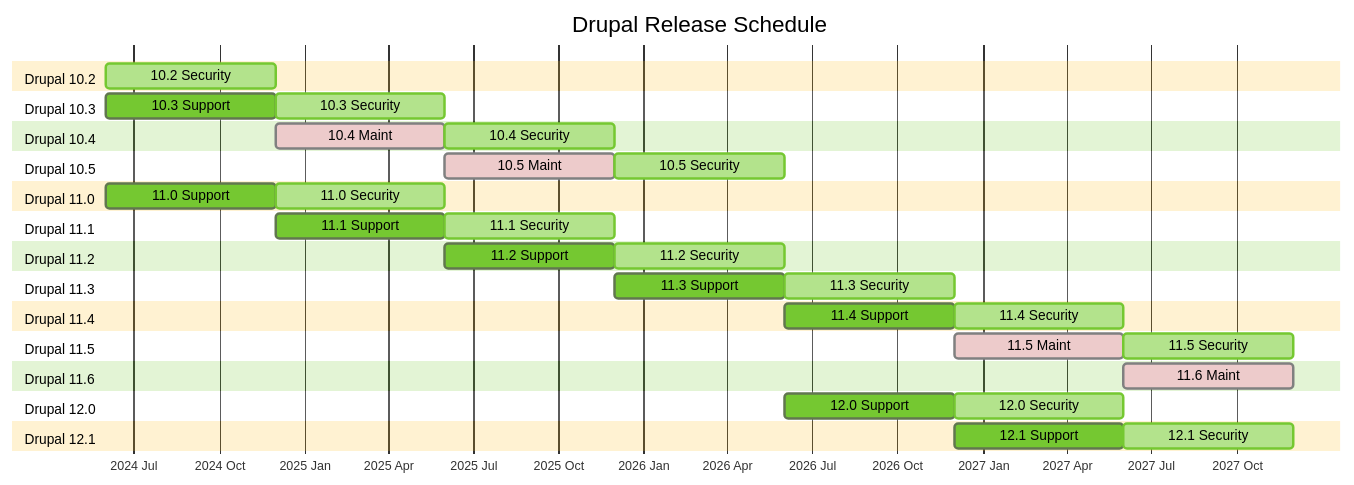
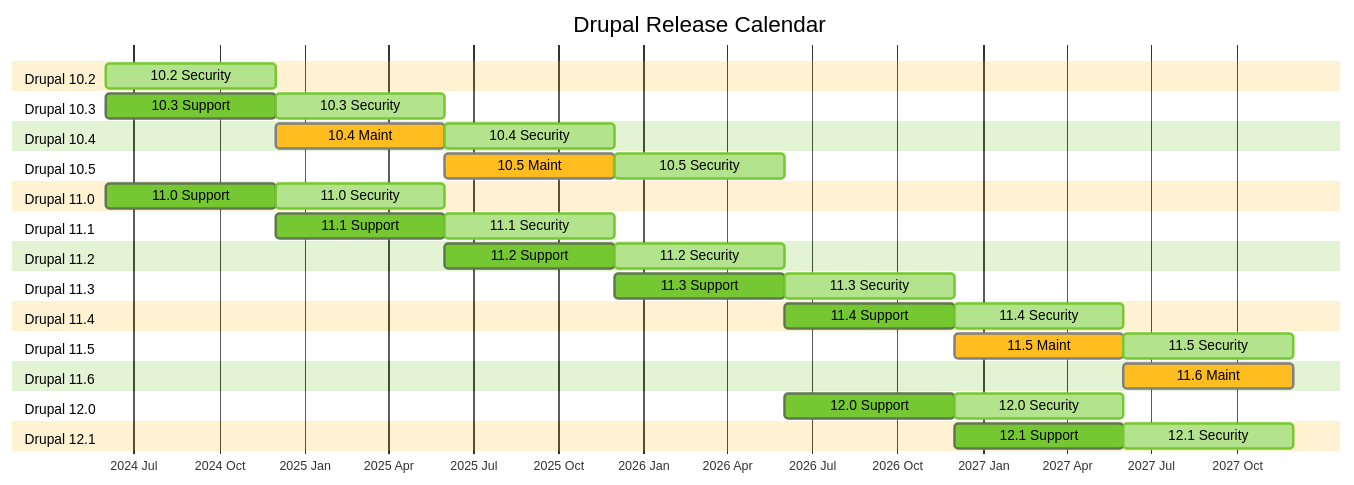
Before and after one commit to magulaiz/Drupal: the diagram in RELEASES-CALENDAR.md, drawn with Mermaid. The commit also changed other lines of this file, not shown here.

Commit message:
Change colors.

````diff
--- a/RELEASES-CALENDAR.md
+++ b/RELEASES-CALENDAR.md
@@ -7,59 +5,60 @@
 ```mermaid
 ---
 displayMode: compact
 ---
 %%{
   init: {
     'theme': 'base',
     'themeVariables': {
       'primaryColor': '#75c831',
       'primaryTextColor': '#FFFFFF',
       'tertiaryColor': '#ffbd1f',
       'tertiaryTextColor': '#000000',
-      'doneTaskBkgColor': '#edcbcb',
+      'doneTaskBkgColor': '#ffbd1f',
       'textColor': '#000000'
     }
   }
 }%%
 gantt
-    title Drupal Release Schedule
+    title Drupal Release Calendar
     dateFormat  YYYY-MM
+    todayMarker off
     axisFormat %Y %b
     section Drupal 10.2
     10.2 Security   :active, 102sec, 2024-06, 6M
     section Drupal 10.3
     10.3 Support    :103sup, 2024-06, 6M
     10.3 Security   :active, 103sec, after 103sup,6M
     section Drupal 10.4
     10.4 Maint      :done, 104mnt, after 103sup, 6M
     10.4 Security   :active, 104sec, after 104mnt, 6M
     section Drupal 10.5
     10.5 Maint      :done, 105mnt, after 104mnt, 6M
     10.5 Security   :active, 105sec, after 105mnt, 6M
     section Drupal 11.0
     11.0 Support    :110sup, 2024-06  , 6M
     11.0 Security   :active, 110sec, after 110sup, 6M
     section Drupal 11.1
     11.1 Support    :111sup, after 110sup, 6M
     11.1 Security   :active, 111sec, after 111sup, 6M
     section Drupal 11.2
     11.2 Support    :112sup, after 111sup, 6M
     11.2 Security   :active, 112sec, after 112sup, 6M
     section Drupal 11.3
     11.3 Support    :113sup, after 112sup, 6M
     11.3 Security   :active, 113sec, after 113sup, 6M
     section Drupal 11.4
     11.4 Support    :114sup, after 113sup, 6M
     11.4 Security   :active, 114sec, after 114sup, 6M
     section Drupal 11.5
     11.5 Maint      :done, 115mnt, after 114sup, 6M
     11.5 Security   :active, 115sec, after 115mnt, 6M
     section Drupal 11.6
     11.6 Maint      :done, 116mnt, after 115mnt, 6M
     section Drupal 12.0
     12.0 Support    :120sup, after 113sup, 6M
     12.0 Security   :active, 120sec, after 120sup, 6M
     section Drupal 12.1
     12.1 Support    :121sup, after 120sup, 6M
     12.1 Security   :active, after 121sup, 6M
 ```
````
